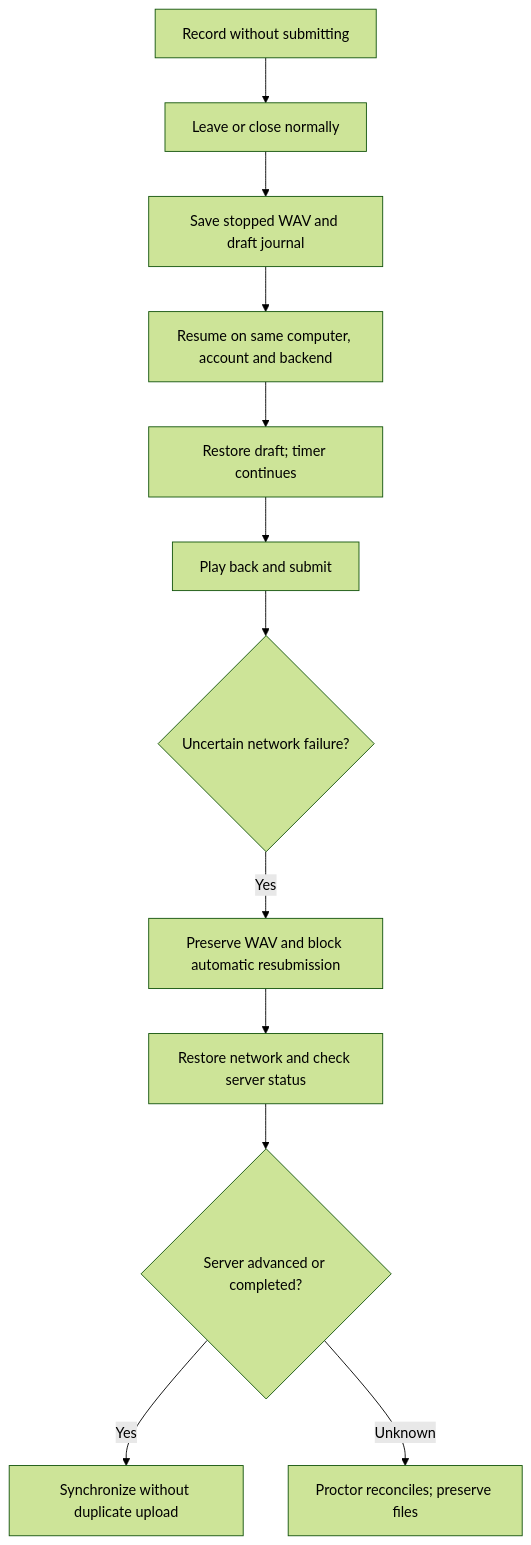
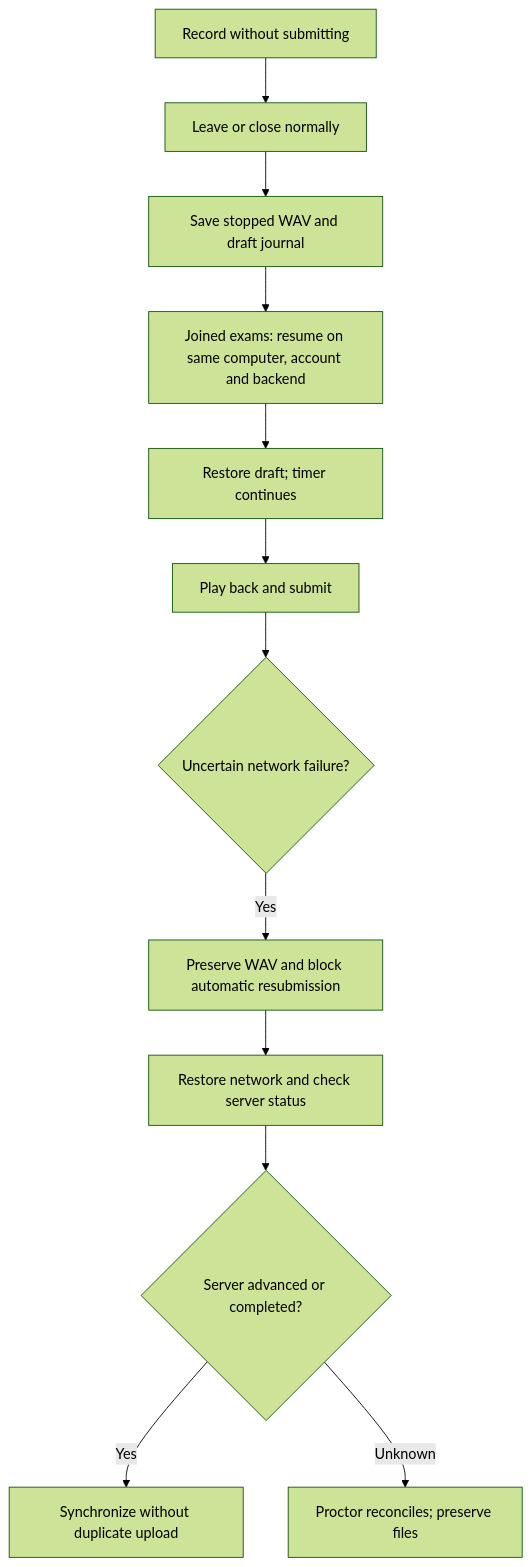
One commit to FExamOralTest/AIVES_FPT changed the second of 2 diagrams in docs/desktop-test-flows.md. Above: the diagram before and after it, drawn with Mermaid (forest theme). The commit also changed other lines of this file and 2 other files, not shown here.

````diff
--- a/docs/desktop-test-flows.md
+++ b/docs/desktop-test-flows.md
@@ -30,14 +30,14 @@
 ```mermaid
 flowchart TD
   draft["Record without submitting"] --> close["Leave or close normally"]
   close --> save["Save stopped WAV and draft journal"]
-  save --> resume["Resume on same computer, account and backend"]
+  save --> resume["Joined exams: resume on same computer, account and backend"]
   resume --> restore["Restore draft; timer continues"]
   restore --> upload["Play back and submit"]
   upload --> failure{"Uncertain network failure?"}
   failure -->|Yes| lock["Preserve WAV and block automatic resubmission"]
   lock --> check["Restore network and check server status"]
   check --> advanced{"Server advanced or completed?"}
   advanced -->|Yes| sync["Synchronize without duplicate upload"]
   advanced -->|Unknown| proctor["Proctor reconciles; preserve files"]
 ```
````
